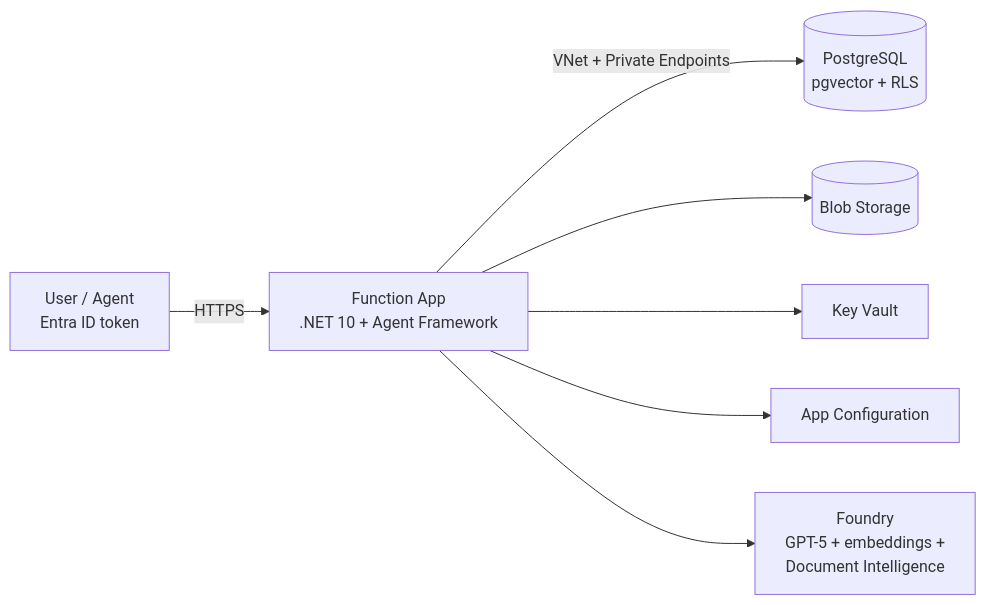
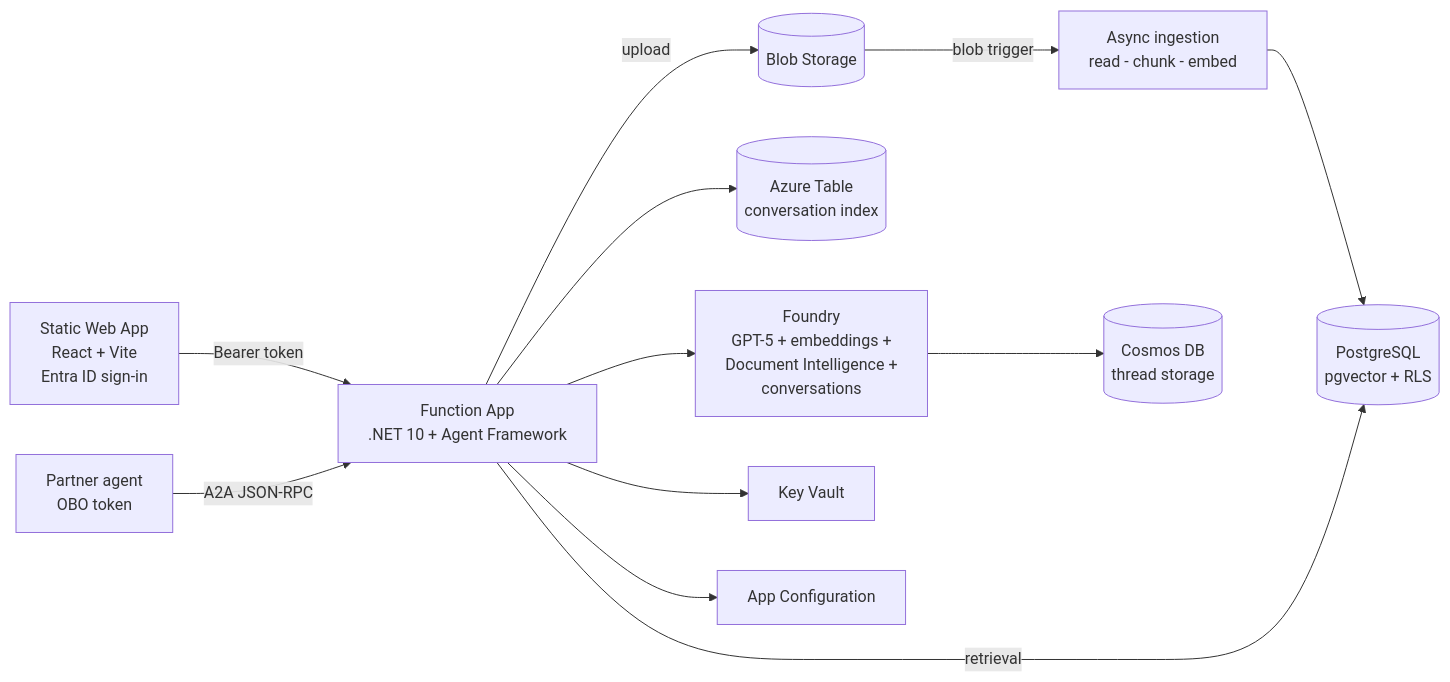
Before and after one commit to nampacx/cerebro: the diagram in README.md, drawn with Mermaid. The commit also changed other lines of this file and 46 other files, not shown here.

First line of the commit message:
Add Static Web App client, async ingestion, and Foundry conversation history

````diff
--- a/README.md
+++ b/README.md
@@ -13,9 +15,14 @@
 ```mermaid
 flowchart LR
-  U[User / Agent<br/>Entra ID token] -->|HTTPS| FN[Function App<br/>.NET 10 + Agent Framework]
-  FN -->|VNet + Private Endpoints| PG[(PostgreSQL<br/>pgvector + RLS)]
-  FN --> BLOB[(Blob Storage)]
+  SPA[Static Web App<br/>React + Vite<br/>Entra ID sign-in] -->|Bearer token| FN[Function App<br/>.NET 10 + Agent Framework]
+  U[Partner agent<br/>OBO token] -->|A2A JSON-RPC| FN
+  FN -->|upload| BLOB[(Blob Storage)]
+  BLOB -->|blob trigger| PROC[Async ingestion<br/>read - chunk - embed]
+  PROC --> PG[(PostgreSQL<br/>pgvector + RLS)]
+  FN -->|retrieval| PG
+  FN --> TBL[(Azure Table<br/>conversation index)]
+  FN --> AI[Foundry<br/>GPT-5 + embeddings +<br/>Document Intelligence +<br/>conversations]
+  AI --> COSMOS[(Cosmos DB<br/>thread storage)]
   FN --> KV[Key Vault]
   FN --> CFG[App Configuration]
-  FN --> AI[Foundry<br/>GPT-5 + embeddings +<br/>Document Intelligence]
 ```
````
